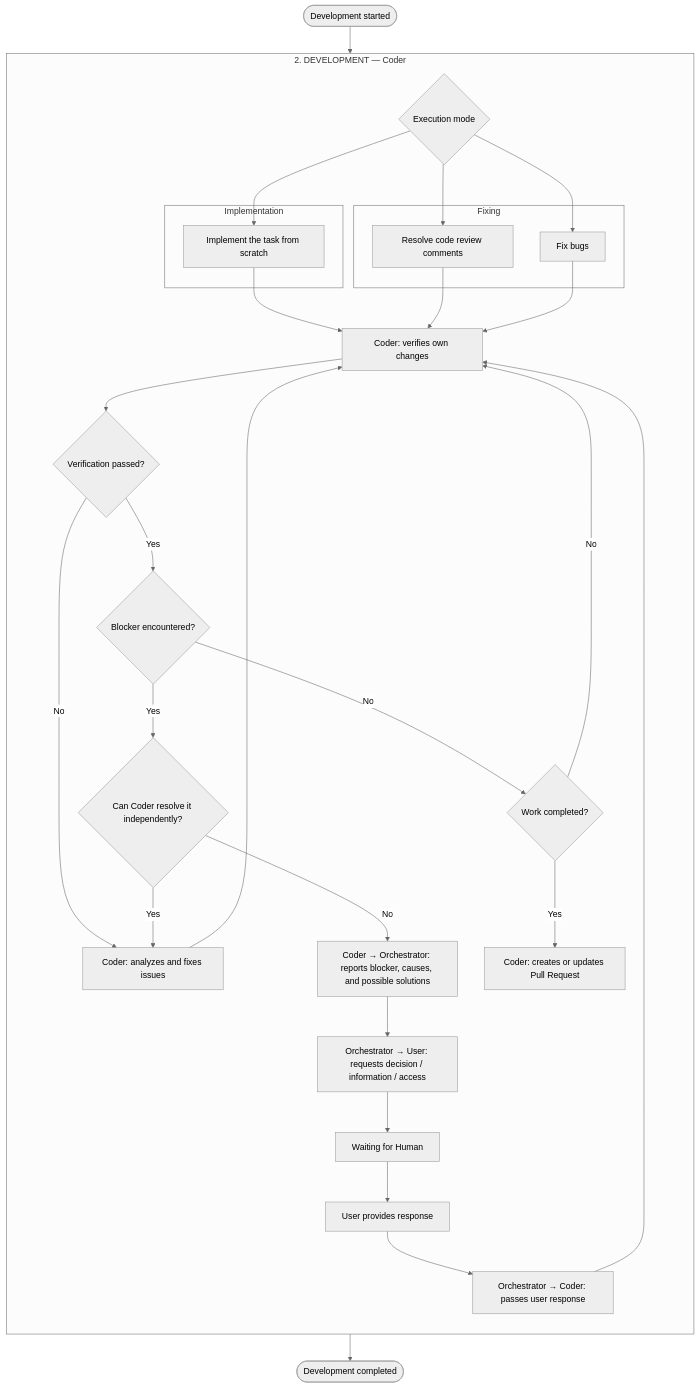
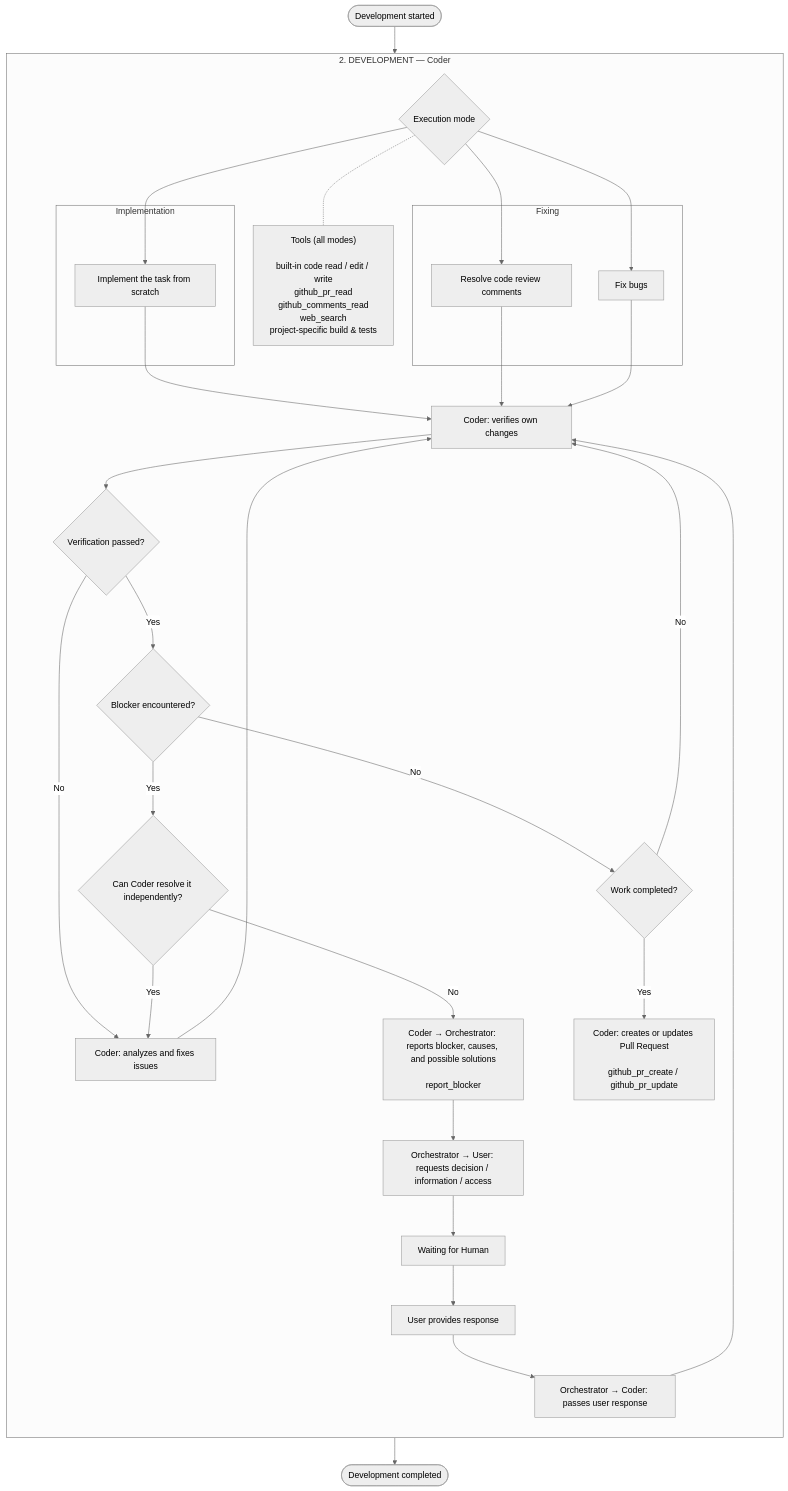
One commit to aliaksandrZh/ai-worker-01 changed the diagram in docs/flows/development.md. Above: the diagram before and after it, drawn with Mermaid (neutral theme). The commit also changed 4 other files, not shown here.

````diff
--- a/docs/flows/development.md
+++ b/docs/flows/development.md
@@ -1,51 +1,53 @@
 ```mermaid
 flowchart TB
     START(["Development started"])
 
     subgraph DEVELOPMENT["2. DEVELOPMENT — Coder"]
         direction TB
 
         D1{"Execution mode"}
+
+        D1 -.- T0["Tools (all modes)<br/><br/>built-in code read / edit / write<br/>github_pr_read<br/>github_comments_read<br/>web_search<br/>project-specific build &amp; tests"]
 
         subgraph IMPLEMENTATION["Implementation"]
             I1["Implement the task from scratch"]
         end
 
         subgraph FIXING["Fixing"]
             F1["Resolve code review comments"]
             F2["Fix bugs"]
         end
 
         D1 --> I1
         D1 --> F1
         D1 --> F2
 
         I1 --> V1
         F1 --> V1
         F2 --> V1
 
         V1["Coder: verifies own changes"]
         V1 --> V2{"Verification passed?"}
 
         V2 -- "No" --> V3["Coder: analyzes and fixes issues"]
         V3 --> V1
 
         V2 -- "Yes" --> V4{"Blocker encountered?"}
 
         V4 -- "Yes" --> V5{"Can Coder resolve it independently?"}
         V5 -- "Yes" --> V3
-        V5 -- "No" --> V6["Coder → Orchestrator: reports blocker, causes, and possible solutions"]
+        V5 -- "No" --> V6["Coder → Orchestrator: reports blocker, causes, and possible solutions<br/><br/>report_blocker"]
         V6 --> V7["Orchestrator → User: requests decision / information / access"]
         V7 --> V8["Waiting for Human"]
         V8 --> V9["User provides response"]
         V9 --> V10["Orchestrator → Coder: passes user response"]
         V10 --> V1
 
         V4 -- "No" --> V11{"Work completed?"}
         V11 -- "No" --> V1
-        V11 -- "Yes" --> V12["Coder: creates or updates Pull Request"]
+        V11 -- "Yes" --> V12["Coder: creates or updates Pull Request<br/><br/>github_pr_create / github_pr_update"]
     end
 
     START --> D1
     V12 --> NEXT(["Development completed"])
 ```
````
